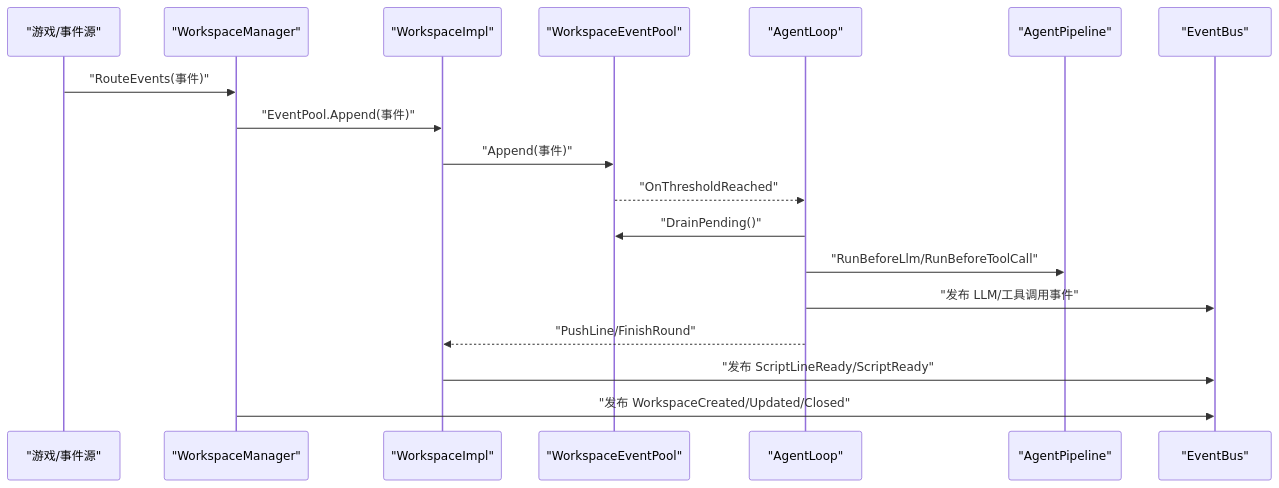
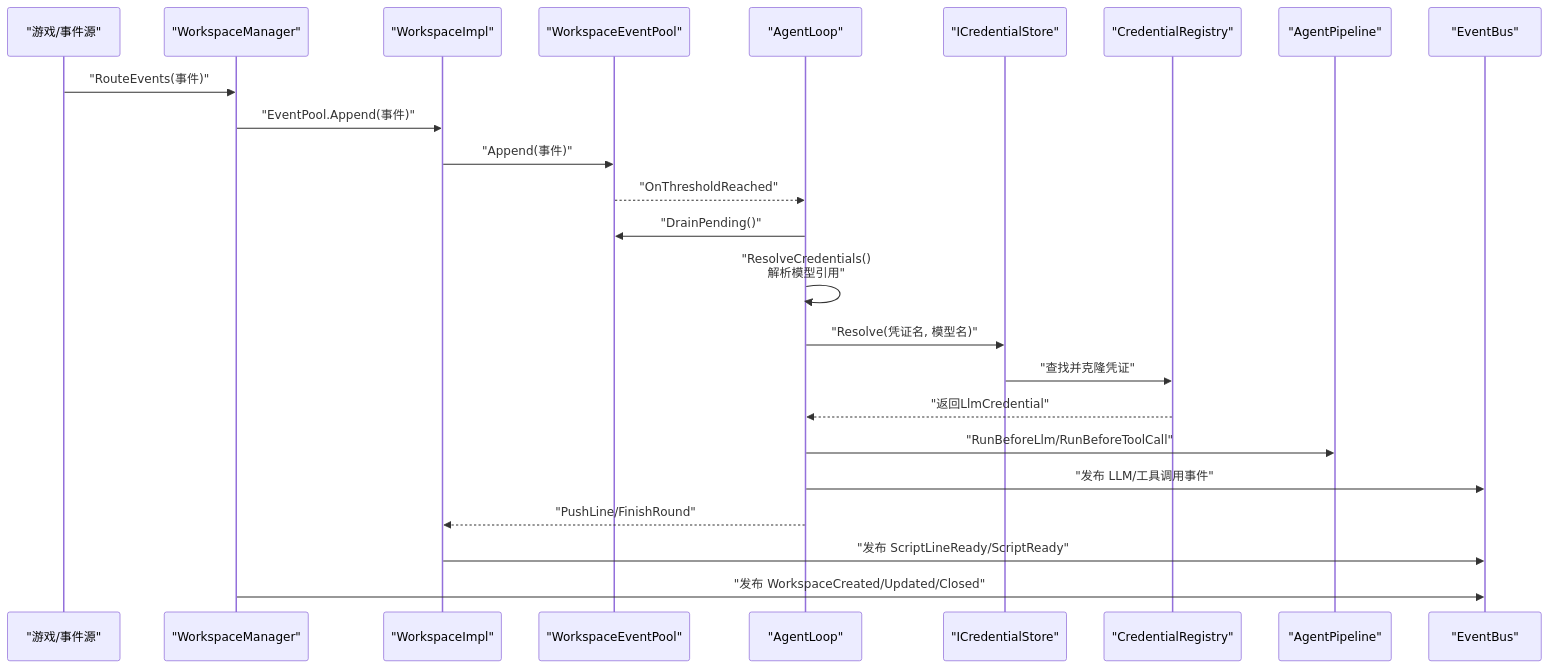
One commit to suzvka/NPCLife changed the second of 6 diagrams in .qoder/repowiki/zh/content/多智能体系统/智能体协作机制.md. Above: the diagram before and after it, drawn with Mermaid. The commit also changed other lines of this file and 11 other files, not shown here.

````diff
--- a/.qoder/repowiki/zh/content/多智能体系统/智能体协作机制.md
+++ b/.qoder/repowiki/zh/content/多智能体系统/智能体协作机制.md
@@ -135,20 +166,26 @@
 ```mermaid
 sequenceDiagram
 participant Game as "游戏/事件源"
 participant WSM as "WorkspaceManager"
 participant WS as "WorkspaceImpl"
 participant Pool as "WorkspaceEventPool"
 participant Agent as "AgentLoop"
+participant CredStore as "ICredentialStore"
+participant CredRegistry as "CredentialRegistry"
 participant Pipe as "AgentPipeline"
 participant Bus as "EventBus"
 Game->>WSM : "RouteEvents(事件)"
 WSM->>WS : "EventPool.Append(事件)"
 WS->>Pool : "Append(事件)"
 Pool-->>Agent : "OnThresholdReached"
 Agent->>Pool : "DrainPending()"
+Agent->>Agent : "ResolveCredentials()<br/>解析模型引用"
+Agent->>CredStore : "Resolve(凭证名, 模型名)"
+CredStore->>CredRegistry : "查找并克隆凭证"
+CredRegistry-->>Agent : "返回LlmCredential"
 Agent->>Pipe : "RunBeforeLlm/RunBeforeToolCall"
 Agent->>Bus : "发布 LLM/工具调用事件"
 Agent-->>WS : "PushLine/FinishRound"
 WS->>Bus : "发布 ScriptLineReady/ScriptReady"
 WSM->>Bus : "发布 WorkspaceCreated/Updated/Closed"
 ```
````
